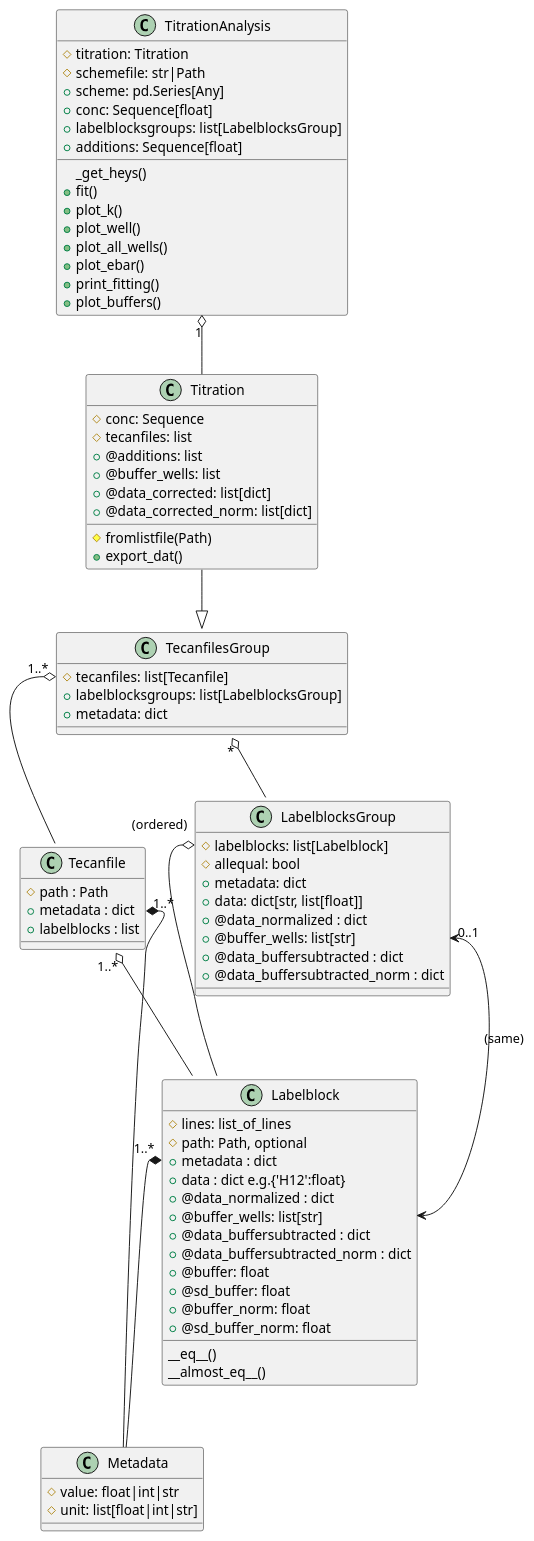
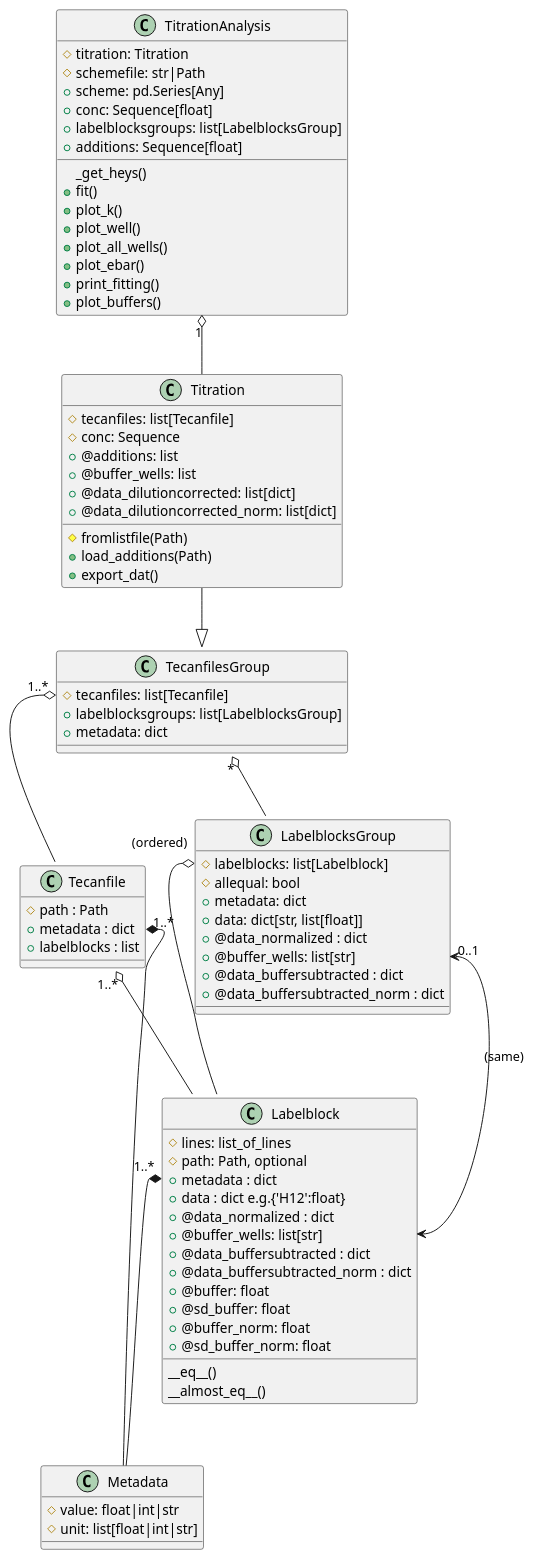
One commit to darosio/ClopHfit changed the diagram in docs/api/prtecan.uml.rst. Above: the diagram before and after it, drawn with PlantUML. The commit also changed 2 other files, not shown here.

Commit message:
refactor: buffer_wells set to components; accurate None or {}; add load_additions

```diff
--- a/docs/api/prtecan.uml.rst
+++ b/docs/api/prtecan.uml.rst
@@ -56,13 +56,14 @@
    TecanfilesGroup::tecanfiles "1..*" o-- Tecanfile
 
    class Titration{
+     #tecanfiles: list[Tecanfile]
      #conc: Sequence
-	 #tecanfiles: list
 	 #fromlistfile(Path)
+	 +load_additions(Path)
 	 +@additions: list
 	 +@buffer_wells: list
-	 +@data_corrected: list[dict]
-	 +@data_corrected_norm: list[dict]
+	 +@data_dilutioncorrected: list[dict]
+	 +@data_dilutioncorrected_norm: list[dict]
 	 +export_dat()
    }
 
```
